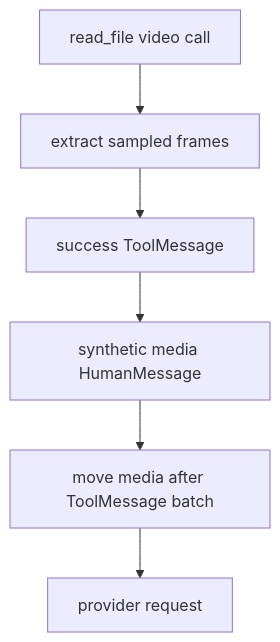
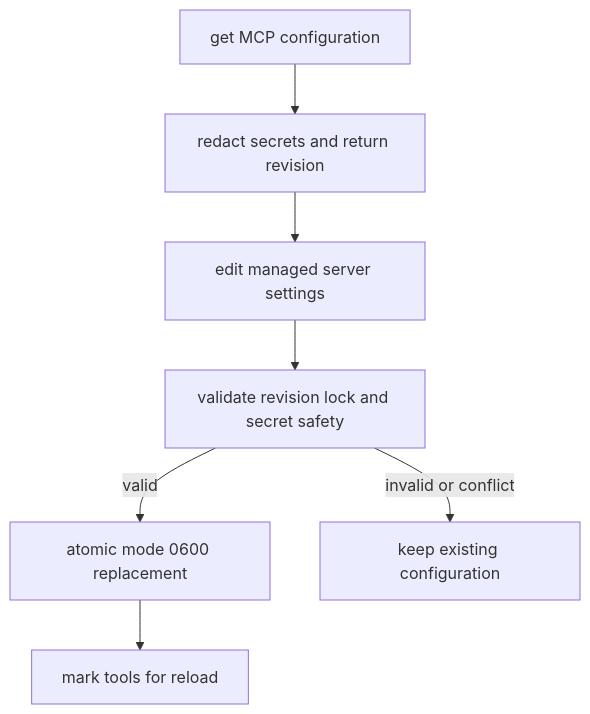
One commit to langchain-ai/deepagents changed the second of 2 diagrams in openwiki/testing/testing-guide.md. Above: the diagram before and after it, drawn with Mermaid. The commit also changed other lines of this file and 25 other files, not shown here.

````diff
--- a/openwiki/testing/testing-guide.md
+++ b/openwiki/testing/testing-guide.md
@@ -58,8 +117,9 @@
 ```mermaid
 flowchart TD
-    Read["read_file video call"] --> Extract["extract sampled frames"]
-    Extract --> Result["success ToolMessage"]
-    Result --> Media["synthetic media HumanMessage"]
-    Media --> Batch["move media after ToolMessage batch"]
-    Batch --> Model["provider request"]
+    View["get MCP configuration"] --> Redact["redact secrets and return revision"]
+    Redact --> Edit["edit managed server settings"]
+    Edit --> Check["validate revision lock and secret safety"]
+    Check -->|valid| Replace["atomic mode 0600 replacement"]
+    Replace --> Reload["mark tools for reload"]
+    Check -->|invalid or conflict| Keep["keep existing configuration"]
 ```
````
